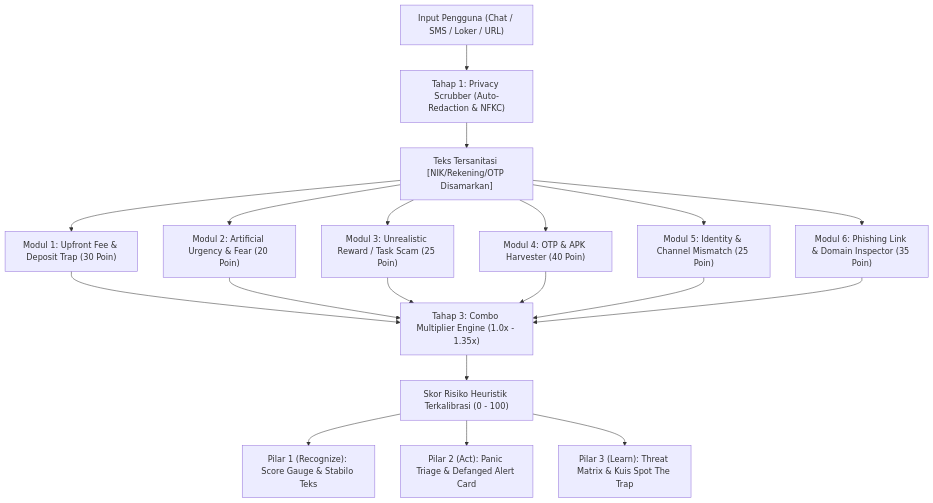
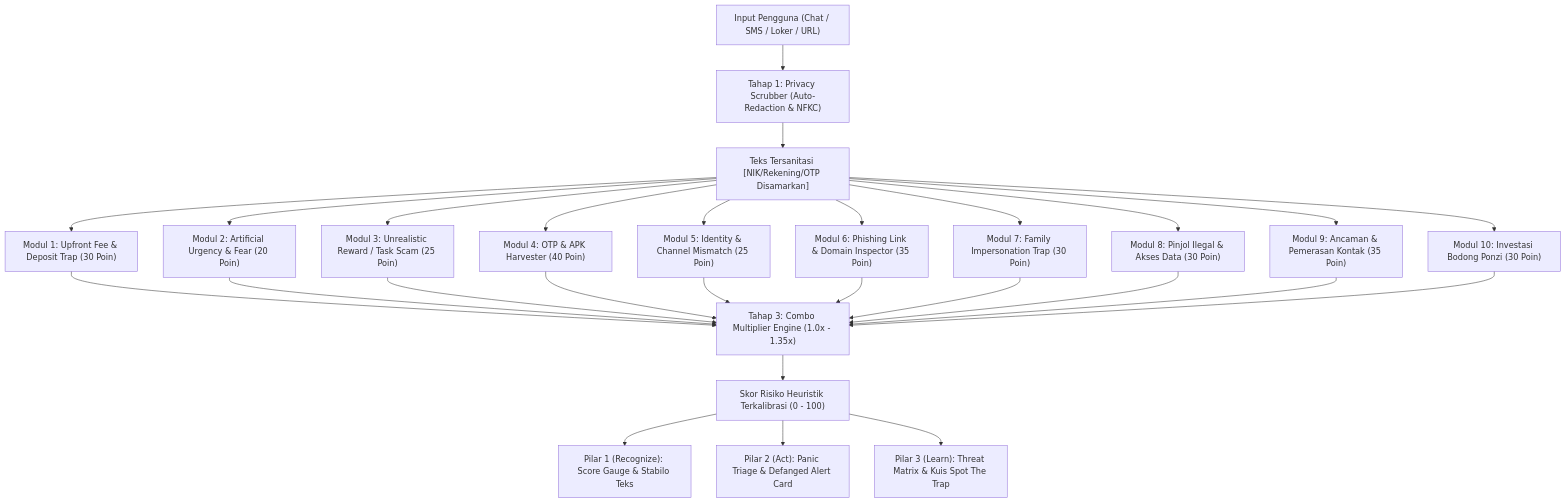
The diagram in docs/ARCHITECTURE.md (Micho-Anta/TrustTrapGuardian), drawn with Mermaid before and after one commit. The commit also changed other lines of this file and 10 other files, not shown here.

````diff
--- a/docs/ARCHITECTURE.md
+++ b/docs/ARCHITECTURE.md
@@ -19,21 +19,29 @@
 ```mermaid
 flowchart TD
     A["Input Pengguna (Chat / SMS / Loker / URL)"] --> B["Tahap 1: Privacy Scrubber (Auto-Redaction & NFKC)"]
     B --> C["Teks Tersanitasi [NIK/Rekening/OTP Disamarkan]"]
     C --> D1["Modul 1: Upfront Fee & Deposit Trap (30 Poin)"]
     C --> D2["Modul 2: Artificial Urgency & Fear (20 Poin)"]
     C --> D3["Modul 3: Unrealistic Reward / Task Scam (25 Poin)"]
     C --> D4["Modul 4: OTP & APK Harvester (40 Poin)"]
     C --> D5["Modul 5: Identity & Channel Mismatch (25 Poin)"]
     C --> D6["Modul 6: Phishing Link & Domain Inspector (35 Poin)"]
+    C --> D7["Modul 7: Family Impersonation Trap (30 Poin)"]
+    C --> D8["Modul 8: Pinjol Ilegal & Akses Data (30 Poin)"]
+    C --> D9["Modul 9: Ancaman & Pemerasan Kontak (35 Poin)"]
+    C --> D10["Modul 10: Investasi Bodong Ponzi (30 Poin)"]
     D1 --> E["Tahap 3: Combo Multiplier Engine (1.0x - 1.35x)"]
     D2 --> E
     D3 --> E
     D4 --> E
     D5 --> E
     D6 --> E
+    D7 --> E
+    D8 --> E
+    D9 --> E
+    D10 --> E
     E --> F["Skor Risiko Heuristik Terkalibrasi (0 - 100)"]
     F --> G1["Pilar 1 (Recognize): Score Gauge & Stabilo Teks"]
     F --> G2["Pilar 2 (Act): Panic Triage & Defanged Alert Card"]
     F --> G3["Pilar 3 (Learn): Threat Matrix & Kuis Spot The Trap"]
 ```
````
